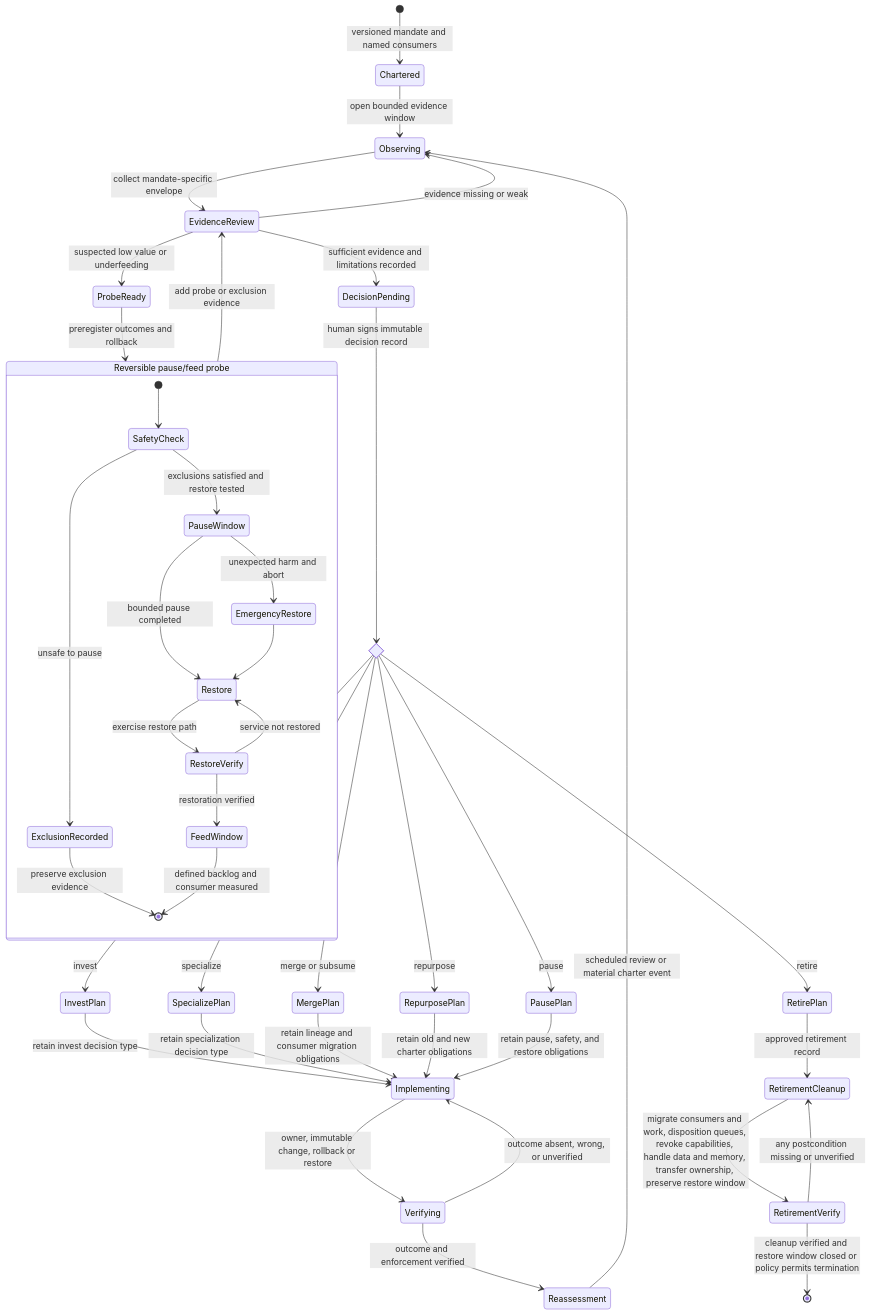
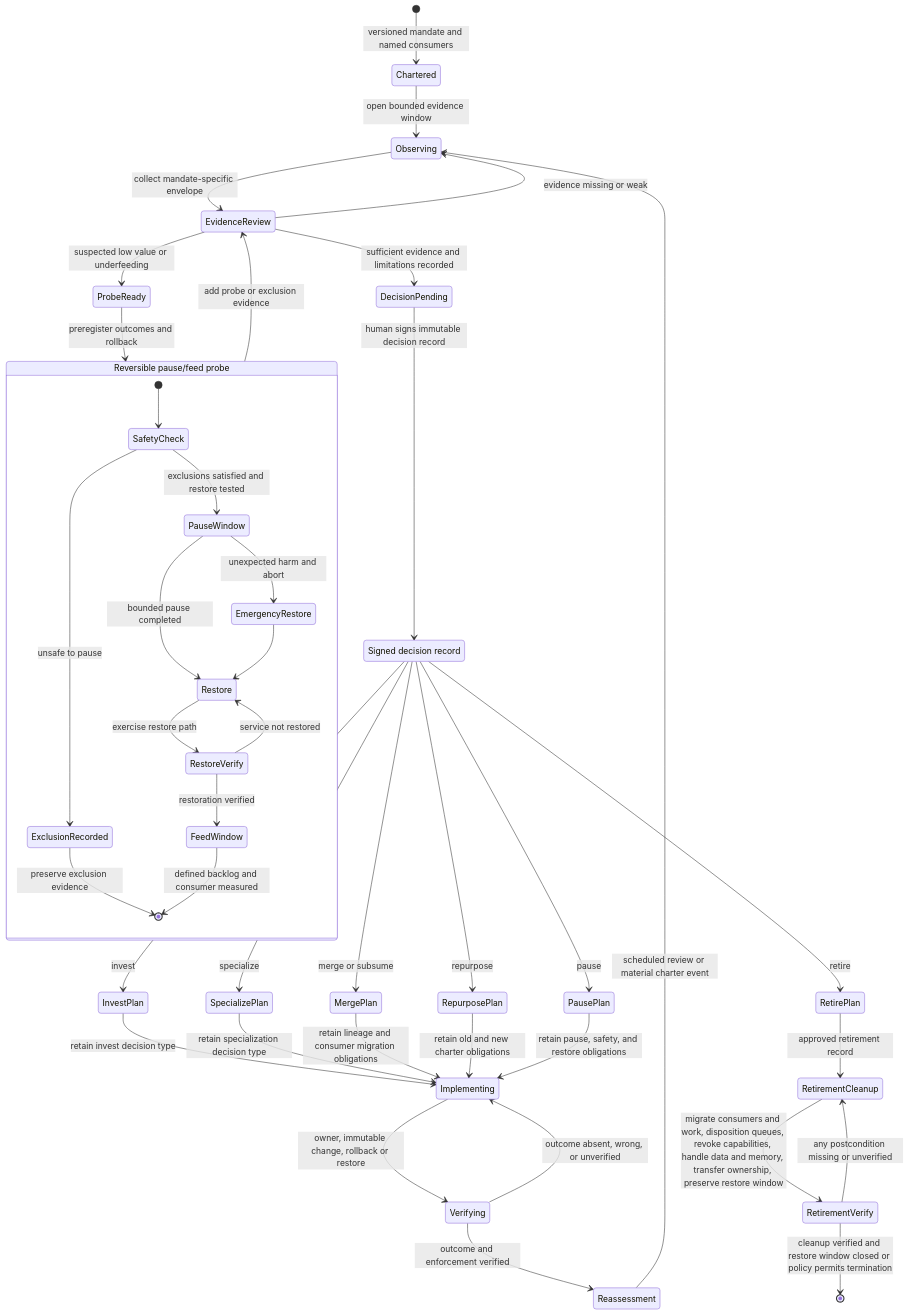
Before and after one commit to pselamy/operating-agent-fleets: the diagram in diagrams/chapter-07/agent-lifecycle-state-machine.mmd, drawn with Mermaid. The commit also changed 3 other files, not shown here.

Commit message:
Make lifecycle diagram rendering deterministic (#35)

```diff
--- a/diagrams/chapter-07/agent-lifecycle-state-machine.mmd
+++ b/diagrams/chapter-07/agent-lifecycle-state-machine.mmd
@@ -1,55 +1,55 @@
 %% Reader question: How does an operator move from bounded evidence to a reversible agent lifecycle decision without ranking unlike mandates?
 %% Evidence cutoff: 2026-07-11
 %% Claim status: reference design; no private agent evaluation, lifecycle decision, or fleet-wide adoption is asserted
 stateDiagram-v2
     accTitle: Evidence-backed agent lifecycle state machine
     accDescr: A deployed capability begins with a versioned charter, enters an observation window, and receives a mandate-specific evidence envelope. Missing evidence returns it to observation. Suspected low value enters a safety-checked pause and feed probe that records exclusions, supports emergency abort, restores the capability, and verifies restoration before feeding defined work. Sufficient evidence reaches a human-signed immutable decision to invest, specialize, merge or subsume, repurpose, pause, or retire. The selected decision type remains attached to its implementation. Retirement alone enters a cleanup contract that verifies consumer and work migration, queue disposition, credential revocation, data and memory handling, ownership transfer, and the applicable restore window before termination. Other verified outcomes return to scheduled or event-triggered reassessment.
 
     [*] --> Chartered: versioned mandate and named consumers
     Chartered --> Observing: open bounded evidence window
     Observing --> EvidenceReview: collect mandate-specific envelope
     EvidenceReview --> Observing: evidence missing or weak
     EvidenceReview --> ProbeReady: suspected low value or underfeeding
     EvidenceReview --> DecisionPending: sufficient evidence and limitations recorded
 
     state "Reversible pause/feed probe" as Probe {
         [*] --> SafetyCheck
         SafetyCheck --> ExclusionRecorded: unsafe to pause
         ExclusionRecorded --> [*]: preserve exclusion evidence
         SafetyCheck --> PauseWindow: exclusions satisfied and restore tested
         PauseWindow --> Restore: bounded pause completed
         PauseWindow --> EmergencyRestore: unexpected harm and abort
         EmergencyRestore --> Restore
         Restore --> RestoreVerify: exercise restore path
         RestoreVerify --> Restore: service not restored
         RestoreVerify --> FeedWindow: restoration verified
         FeedWindow --> [*]: defined backlog and consumer measured
     }
 
     ProbeReady --> Probe: preregister outcomes and rollback
     Probe --> EvidenceReview: add probe or exclusion evidence
 
-    state Decision <<choice>>
+    state "Signed decision record" as Decision
     DecisionPending --> Decision: human signs immutable decision record
     Decision --> InvestPlan: invest
     Decision --> SpecializePlan: specialize
     Decision --> MergePlan: merge or subsume
     Decision --> RepurposePlan: repurpose
     Decision --> PausePlan: pause
     Decision --> RetirePlan: retire
 
     InvestPlan --> Implementing: retain invest decision type
     SpecializePlan --> Implementing: retain specialization decision type
     MergePlan --> Implementing: retain lineage and consumer migration obligations
     RepurposePlan --> Implementing: retain old and new charter obligations
     PausePlan --> Implementing: retain pause, safety, and restore obligations
 
     Implementing --> Verifying: owner, immutable change, rollback or restore
     Verifying --> Implementing: outcome absent, wrong, or unverified
     Verifying --> Reassessment: outcome and enforcement verified
     Reassessment --> Observing: scheduled review or material charter event
 
     RetirePlan --> RetirementCleanup: approved retirement record
     RetirementCleanup --> RetirementVerify: migrate consumers and work, disposition queues, revoke capabilities, handle data and memory, transfer ownership, preserve restore window
     RetirementVerify --> RetirementCleanup: any postcondition missing or unverified
     RetirementVerify --> [*]: cleanup verified and restore window closed or policy permits termination
```
